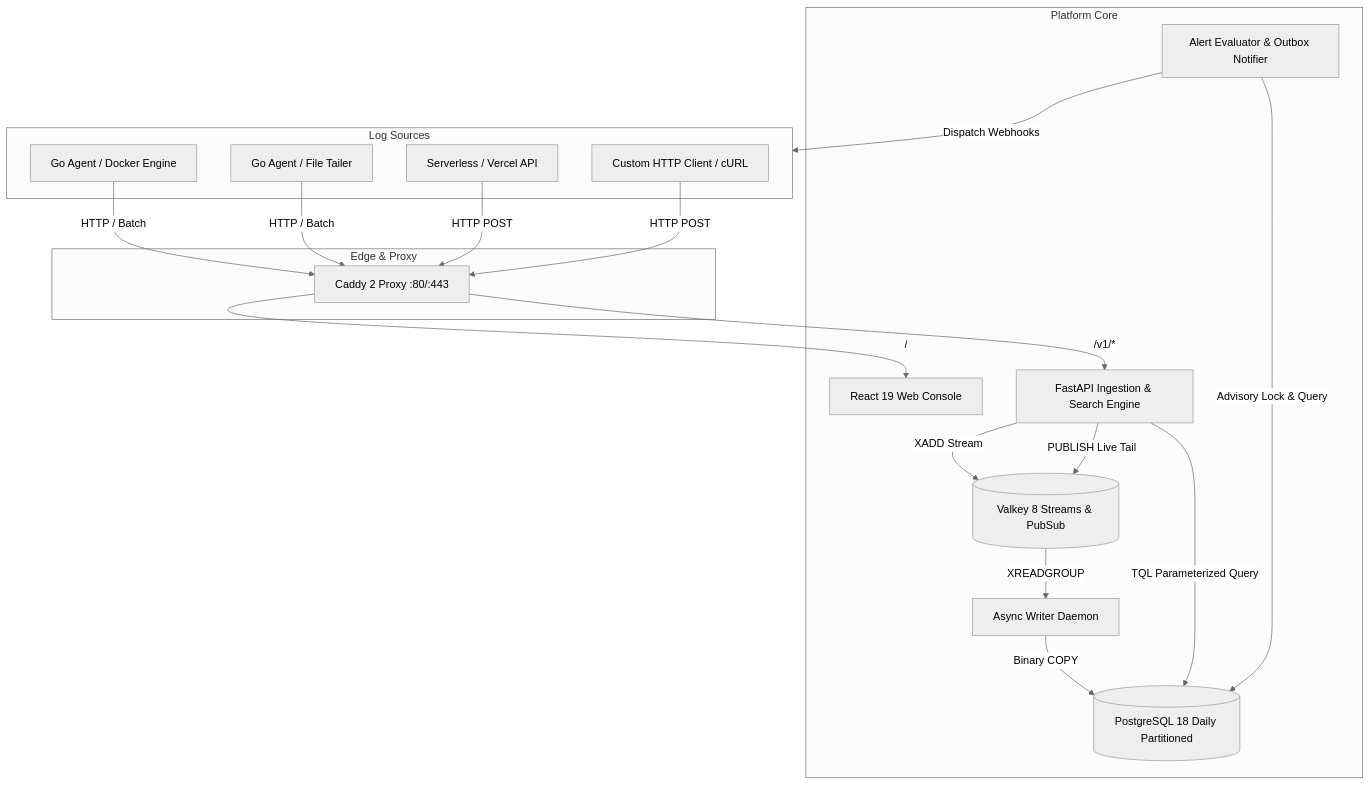
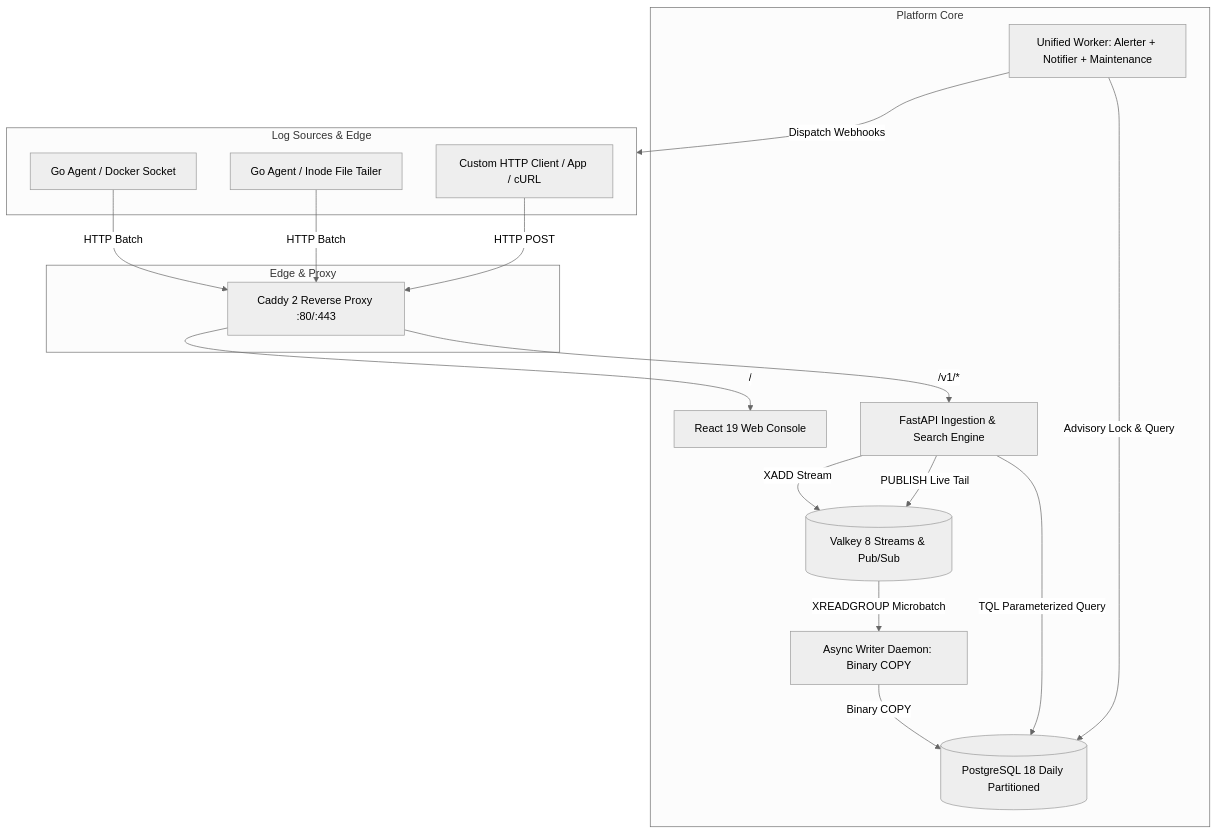
The first of 2 diagrams in README.md (ADI-2707/Tailwatch), drawn with Mermaid (neutral theme) before and after one commit. The commit also changed other lines of this file and 5 other files, not shown here.

Commit message:
docs: update root and subsystem readmes with flowcharts, architecture diagrams, and component trees

````diff
--- a/README.md
+++ b/README.md
@@ -7,38 +9,36 @@
 ```mermaid
 graph TD
-    subgraph Sources [Log Sources]
-        DA[Go Agent / Docker Engine]
-        FA[Go Agent / File Tailer]
-        SA[Serverless / Vercel API]
-        CA[Custom HTTP Client / cURL]
+    subgraph Sources [Log Sources & Edge]
+        DA[Go Agent / Docker Socket]
+        FA[Go Agent / Inode File Tailer]
+        CA[Custom HTTP Client / App / cURL]
     end
 
     subgraph Edge [Edge & Proxy]
-        CD[Caddy 2 Proxy :80/:443]
+        CD[Caddy 2 Reverse Proxy :80/:443]
     end
 
     subgraph Platform [Platform Core]
         UI[React 19 Web Console]
         API[FastAPI Ingestion & Search Engine]
-        VK[(Valkey 8 Streams & PubSub)]
-        WR[Async Writer Daemon]
+        VK[(Valkey 8 Streams & Pub/Sub)]
+        WR[Async Writer Daemon: Binary COPY]
+        WK[Unified Worker: Alerter + Notifier + Maintenance]
         PG[(PostgreSQL 18 Daily Partitioned)]
-        AL[Alert Evaluator & Outbox Notifier]
     end
 
-    DA -->|HTTP / Batch| CD
-    FA -->|HTTP / Batch| CD
-    SA -->|HTTP POST| CD
+    DA -->|HTTP Batch| CD
+    FA -->|HTTP Batch| CD
     CA -->|HTTP POST| CD
 
     CD -->|/| UI
     CD -->|/v1/*| API
 
     API -->|XADD Stream| VK
     API -->|PUBLISH Live Tail| VK
-    VK -->|XREADGROUP| WR
+    VK -->|XREADGROUP Microbatch| WR
     WR -->|Binary COPY| PG
     API -->|TQL Parameterized Query| PG
-    AL -->|Advisory Lock & Query| PG
-    AL -->|Dispatch Webhooks| Sources
+    WK -->|Advisory Lock & Query| PG
+    WK -->|Dispatch Webhooks| Sources
 ```
````
